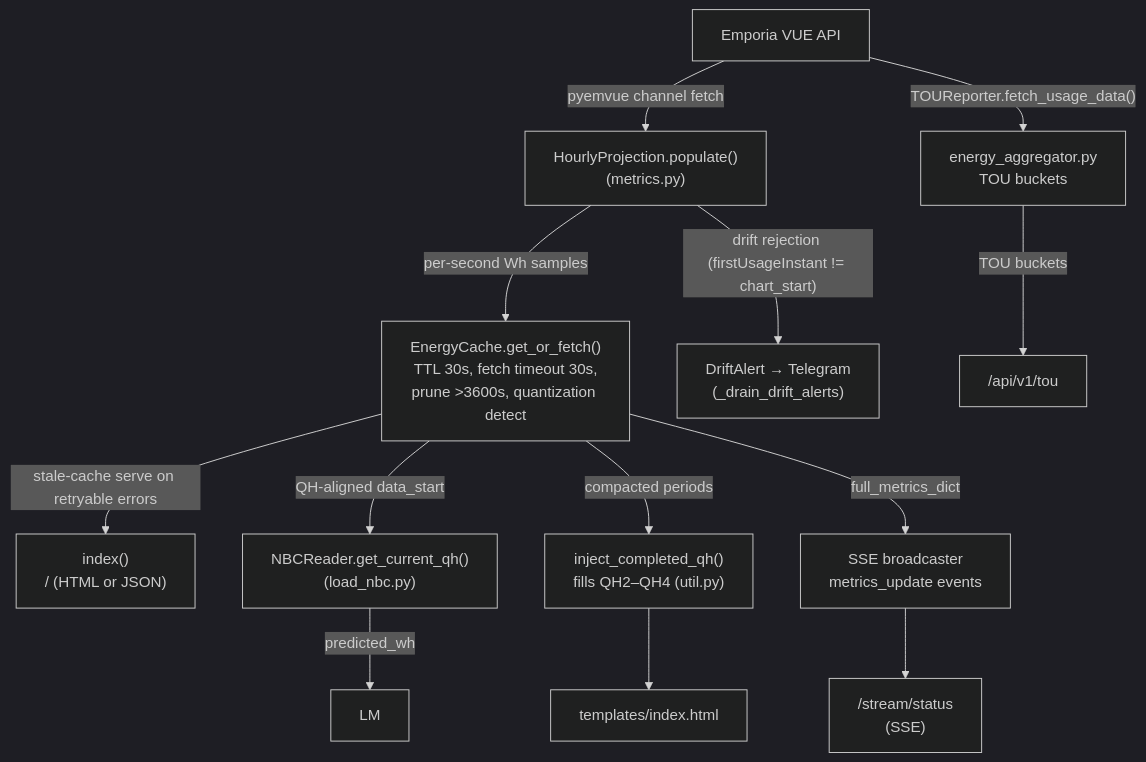
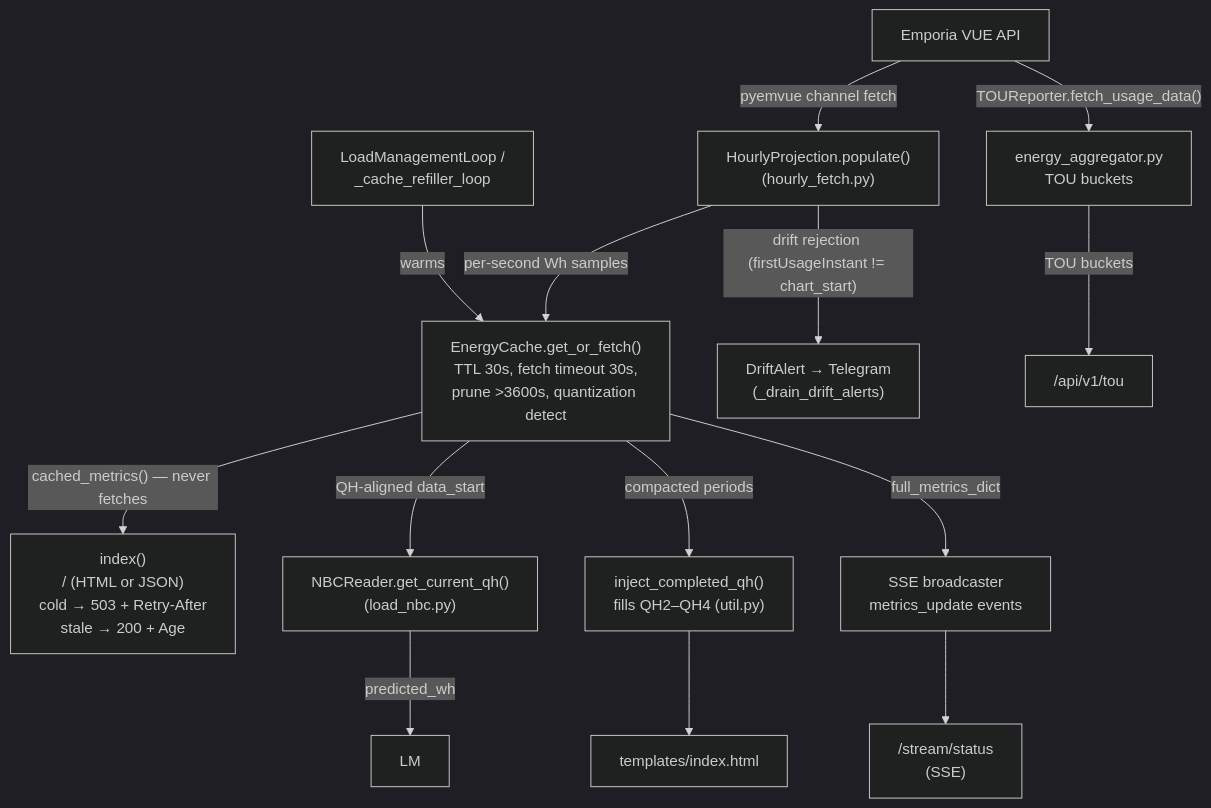
The second of 6 diagrams in docs/architecture.md (mblakele/solara), drawn with Mermaid (dark theme) before and after one commit. The commit also changed other lines of this file and 31 other files, not shown here.

````diff
--- a/docs/architecture.md
+++ b/docs/architecture.md
@@ -96,18 +96,19 @@
 ```mermaid
 flowchart TD
-    VUE["Emporia VUE API"] -->|"pyemvue channel fetch"| HP["HourlyProjection.populate()<br/>(metrics.py)"]
+    VUE["Emporia VUE API"] -->|"pyemvue channel fetch"| HP["HourlyProjection.populate()<br/>(hourly_fetch.py)"]
     HP -->|"per-second Wh samples"| CACHE["EnergyCache.get_or_fetch()<br/>TTL 30s, fetch timeout 30s,<br/>prune >3600s, quantization detect"]
-    CACHE -->|"stale-cache serve on retryable errors"| INDEX["index()<br/>/ (HTML or JSON)"]
+    BACKGROUND["LoadManagementLoop /<br/>_cache_refiller_loop"] -->|"warms"| CACHE
+    CACHE -->|"cached_metrics() — never fetches"| INDEX["index()<br/>/ (HTML or JSON)<br/>cold → 503 + Retry-After<br/>stale → 200 + Age"]
     HP -->|"drift rejection (firstUsageInstant != chart_start)"| DRIFT["DriftAlert → Telegram<br/>(_drain_drift_alerts)"]
 
     VUE -->|"TOUReporter.fetch_usage_data()"| AGGR["energy_aggregator.py<br/>TOU buckets"]
     AGGR -->|"TOU buckets"| TOUROUTE["/api/v1/tou"]
 
     CACHE -->|"QH-aligned data_start"| NBC["NBCReader.get_current_qh()<br/>(load_nbc.py)"]
     NBC -->|"predicted_wh"| LM
     CACHE -->|"compacted periods"| INJECT["inject_completed_qh()<br/>fills QH2–QH4 (util.py)"]
     INJECT --> TEMPLATE["templates/index.html"]
 
     CACHE -->|"full_metrics_dict"| SSE["SSE broadcaster<br/>metrics_update events"]
     SSE --> STREAM["/stream/status<br/>(SSE)"]
 ```
````
